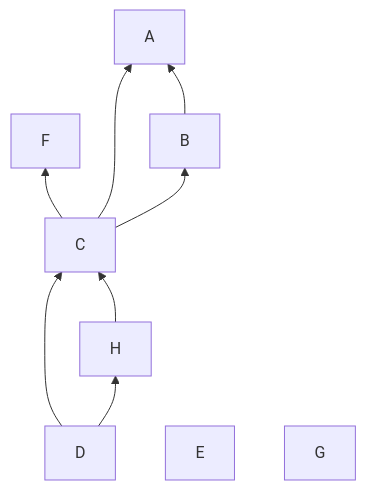
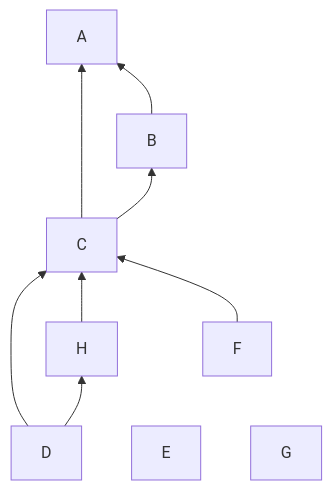
The seventh of 19 diagrams in src/core/components/orchestration/docs/tier-graph-example.md (Frank-Steven/HoundWhiteboard), drawn with Mermaid before and after one commit. The commit also changed other lines of this file and 13 other files, not shown here.

Commit message:
fix(aom): 修复对象被应用到静态图后层丢失的问题

````diff
--- a/src/core/components/orchestration/docs/tier-graph-example.md
+++ b/src/core/components/orchestration/docs/tier-graph-example.md
@@ -143,12 +145,12 @@
 ```mermaid
 graph BT
   D --> H
   D --> C
   H --> C
-  C --> F
+  F --> C
   C --> B
   C --> A
   B --> A
   E
   G
 ```
````
